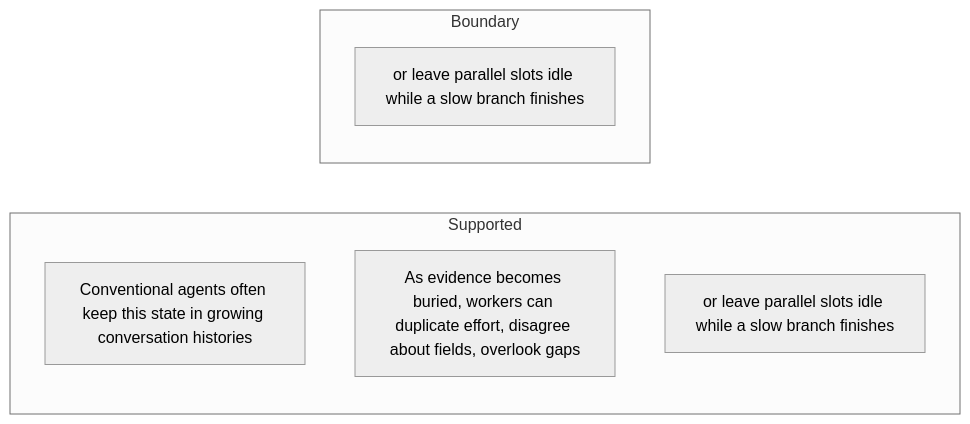
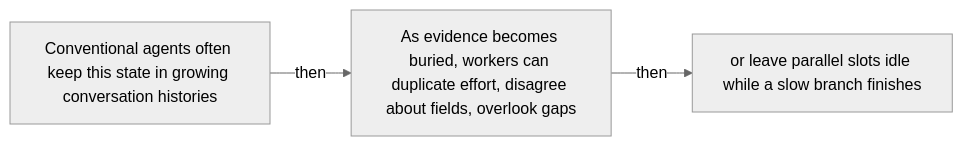
Before and after one commit to Betancourt1/paper_atlas: the sixth of 51 diagrams in docs/visual-manifests/VISUAL_MANIFEST_SEARCHOS_V1.md, drawn with Mermaid (neutral theme). The commit also changed other lines of this file and 7 other files, not shown here.

````diff
--- a/docs/visual-manifests/VISUAL_MANIFEST_SEARCHOS_V1.md
+++ b/docs/visual-manifests/VISUAL_MANIFEST_SEARCHOS_V1.md
@@ -435,11 +424,8 @@
 ```mermaid
 flowchart LR
-  subgraph Supported
-    a1["Conventional agents often keep this state in growing conversation histories"]
-    a2["As evidence becomes buried, workers can duplicate effort, disagree about fields, overlook gaps"]
-    a3["or leave parallel slots idle while a slow branch finishes"]
-  end
-  subgraph Boundary
-    b1["or leave parallel slots idle while a slow branch finishes"]
-  end
+  n1["Conventional agents often keep this state in growing conversation histories"]
+  n2["As evidence becomes buried, workers can duplicate effort, disagree about fields, overlook gaps"]
+  n3["or leave parallel slots idle while a slow branch finishes"]
+  n1 -->|"then"| n2
+  n2 -->|"then"| n3
 ```
````
